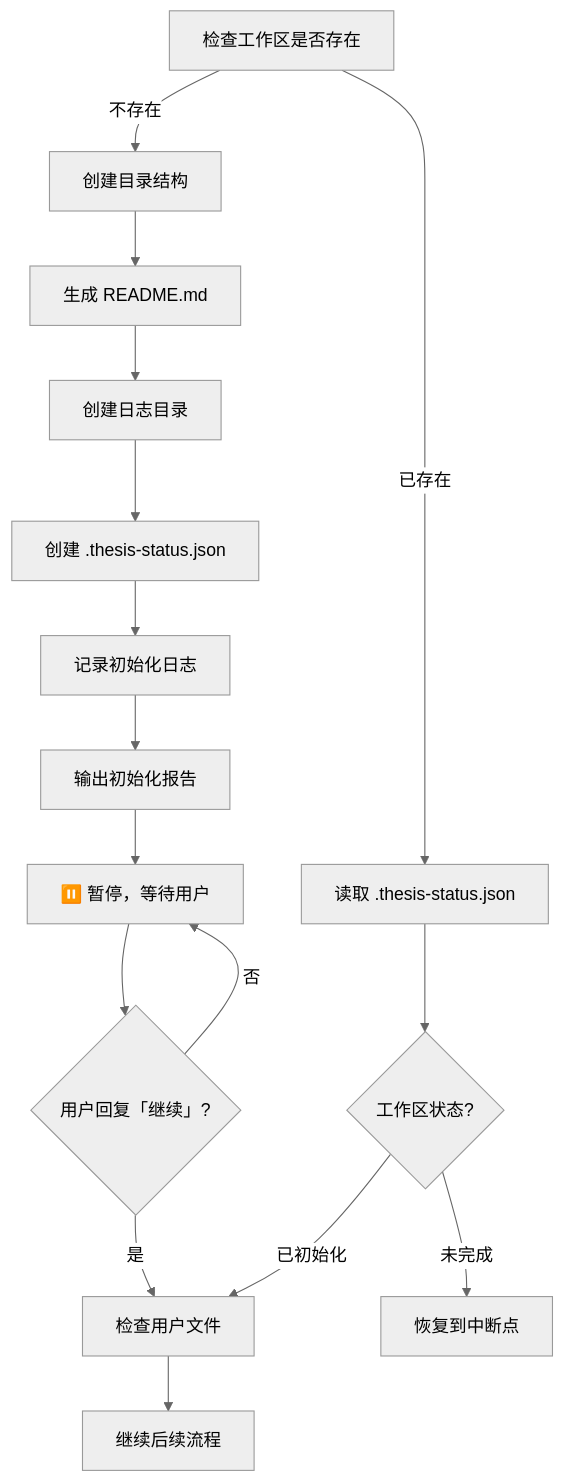
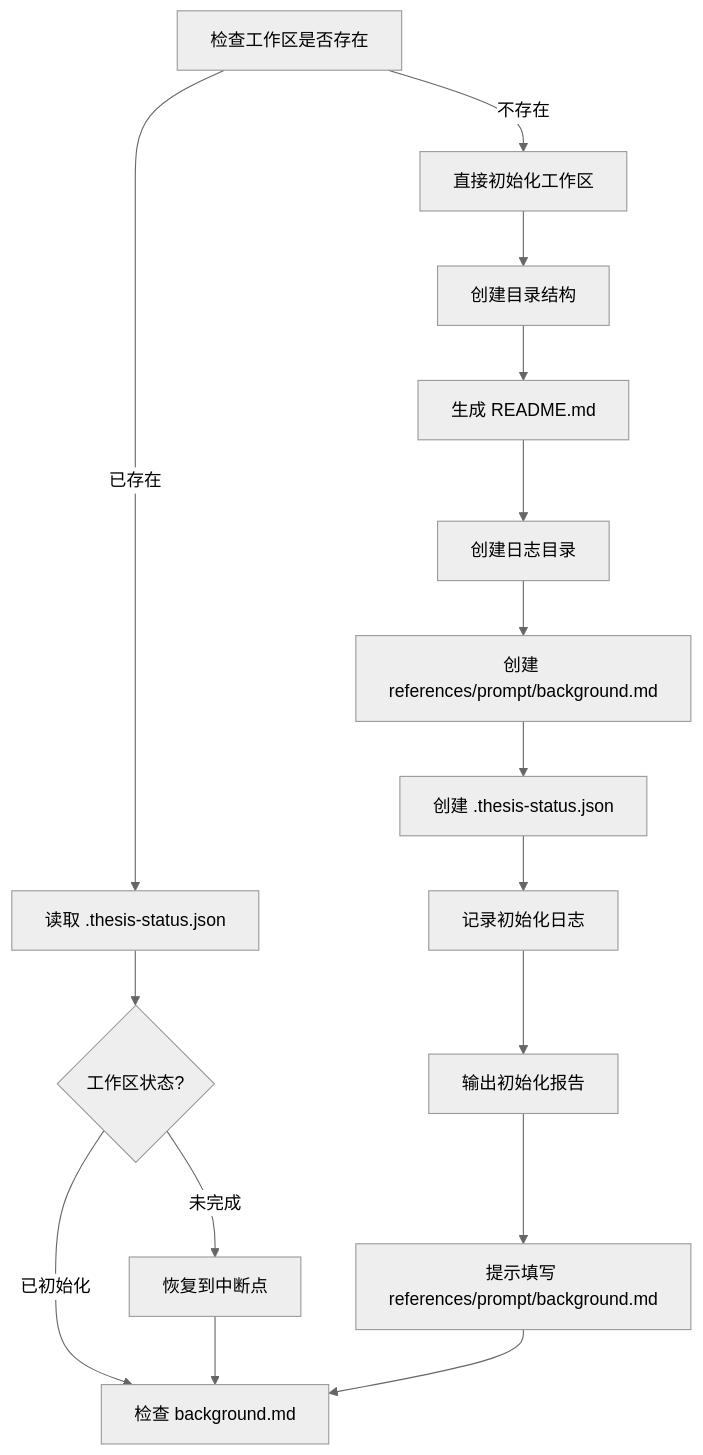
One commit to Stars-OC/thesis-creator changed the diagram in workflows/step_0_init.md. Above: the diagram before and after it, drawn with Mermaid (neutral theme). The commit also changed other lines of this file and 22 other files, not shown here.

First line of the commit message:
feat: 完善文献校验与图片导出闭环

````diff
--- a/workflows/step_0_init.md
+++ b/workflows/step_0_init.md
@@ -18,18 +18,18 @@
 ```mermaid
 flowchart TD
-    A[检查工作区是否存在] -->|不存在| B[创建目录结构]
+    A[检查工作区是否存在] -->|不存在| B[直接初始化工作区]
     A -->|已存在| C[读取 .thesis-status.json]
-    B --> D[生成 README.md]
-    D --> E[创建日志目录]
-    E --> F[创建 .thesis-status.json]
-    F --> G[记录初始化日志]
-    G --> H[输出初始化报告]
-    H --> I[⏸️ 暂停，等待用户]
-    I --> J{用户回复「继续」?}
-    J -->|是| K[检查用户文件]
-    J -->|否| I
-    K --> L[继续后续流程]
-    C --> M{工作区状态?}
-    M -->|已初始化| K
-    M -->|未完成| N[恢复到中断点]
+    B --> D[创建目录结构]
+    D --> E[生成 README.md]
+    E --> F[创建日志目录]
+    F --> G[创建 references/prompt/background.md]
+    G --> H[创建 .thesis-status.json]
+    H --> I[记录初始化日志]
+    I --> J[输出初始化报告]
+    J --> K[提示填写 references/prompt/background.md]
+    C --> L{工作区状态?}
+    L -->|已初始化| M[检查 background.md]
+    L -->|未完成| N[恢复到中断点]
+    N --> M
+    K --> M
 ```
````
